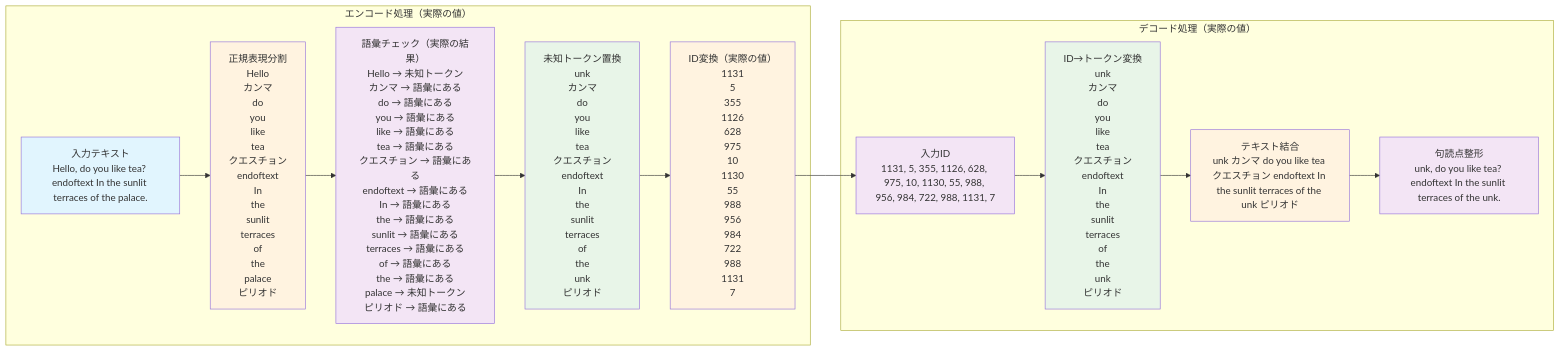
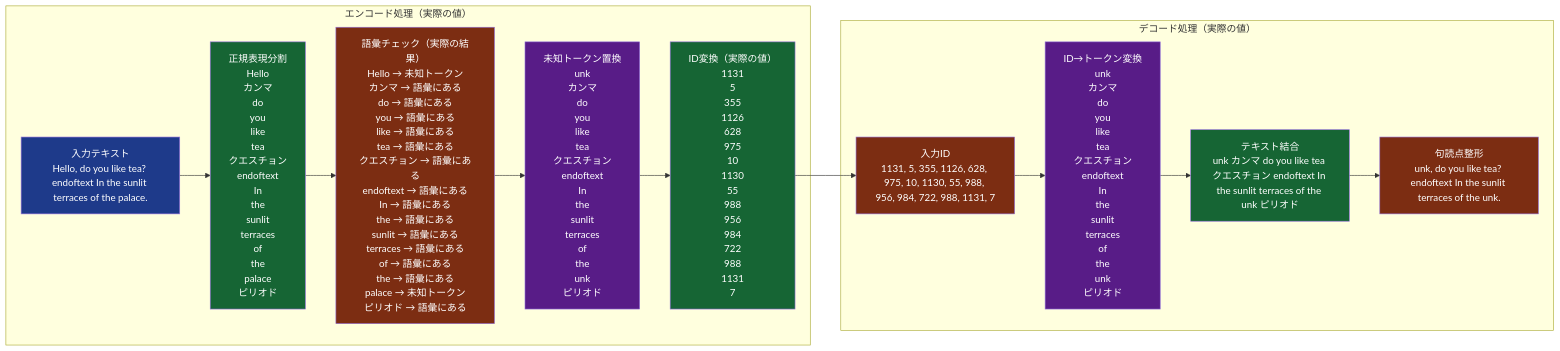
One commit to HayatoKudou/LLM-Tukuttemita changed the first of 2 diagrams in README.md. Above: the diagram before and after it, drawn with Mermaid. The commit also changed other lines of this file, not shown here.

````diff
--- a/README.md
+++ b/README.md
@@ -74,27 +74,27 @@
 ```mermaid
 graph LR
     subgraph "エンコード処理（実際の値）"
         A1["入力テキスト<br/>Hello, do you like tea? endoftext In the sunlit terraces of the palace."] --> A2["正規表現分割<br/>Hello<br/>カンマ<br/>do<br/>you<br/>like<br/>tea<br/>クエスチョン<br/>endoftext<br/>In<br/>the<br/>sunlit<br/>terraces<br/>of<br/>the<br/>palace<br/>ピリオド"]
         A2 --> A3["語彙チェック（実際の結果）<br/>Hello → 未知トークン<br/>カンマ → 語彙にある<br/>do → 語彙にある<br/>you → 語彙にある<br/>like → 語彙にある<br/>tea → 語彙にある<br/>クエスチョン → 語彙にある<br/>endoftext → 語彙にある<br/>In → 語彙にある<br/>the → 語彙にある<br/>sunlit → 語彙にある<br/>terraces → 語彙にある<br/>of → 語彙にある<br/>the → 語彙にある<br/>palace → 未知トークン<br/>ピリオド → 語彙にある"]
         A3 --> A4["未知トークン置換<br/>unk<br/>カンマ<br/>do<br/>you<br/>like<br/>tea<br/>クエスチョン<br/>endoftext<br/>In<br/>the<br/>sunlit<br/>terraces<br/>of<br/>the<br/>unk<br/>ピリオド"]
         A4 --> A5["ID変換（実際の値）<br/>1131<br/>5<br/>355<br/>1126<br/>628<br/>975<br/>10<br/>1130<br/>55<br/>988<br/>956<br/>984<br/>722<br/>988<br/>1131<br/>7"]
     end
     
     subgraph "デコード処理（実際の値）"
         B1["入力ID<br/>1131, 5, 355, 1126, 628, 975, 10, 1130, 55, 988, 956, 984, 722, 988, 1131, 7"] --> B2["ID→トークン変換<br/>unk<br/>カンマ<br/>do<br/>you<br/>like<br/>tea<br/>クエスチョン<br/>endoftext<br/>In<br/>the<br/>sunlit<br/>terraces<br/>of<br/>the<br/>unk<br/>ピリオド"]
         B2 --> B3["テキスト結合<br/>unk カンマ do you like tea クエスチョン endoftext In the sunlit terraces of the unk ピリオド"]
         B3 --> B4["句読点整形<br/>unk, do you like tea? endoftext In the sunlit terraces of the unk."]
     end
     
     A5 --> B1
     
-    style A1 fill:#e1f5fe
-    style A2 fill:#fff3e0
-    style A3 fill:#f3e5f5
-    style A4 fill:#e8f5e8
-    style A5 fill:#fff3e0
-    style B1 fill:#f3e5f5
-    style B2 fill:#e8f5e8
-    style B3 fill:#fff3e0
-    style B4 fill:#f3e5f5
+    style A1 fill:#1e3a8a,color:#ffffff
+    style A2 fill:#166534,color:#ffffff
+    style A3 fill:#7c2d12,color:#ffffff
+    style A4 fill:#581c87,color:#ffffff
+    style A5 fill:#166534,color:#ffffff
+    style B1 fill:#7c2d12,color:#ffffff
+    style B2 fill:#581c87,color:#ffffff
+    style B3 fill:#166534,color:#ffffff
+    style B4 fill:#7c2d12,color:#ffffff
 ```
````
